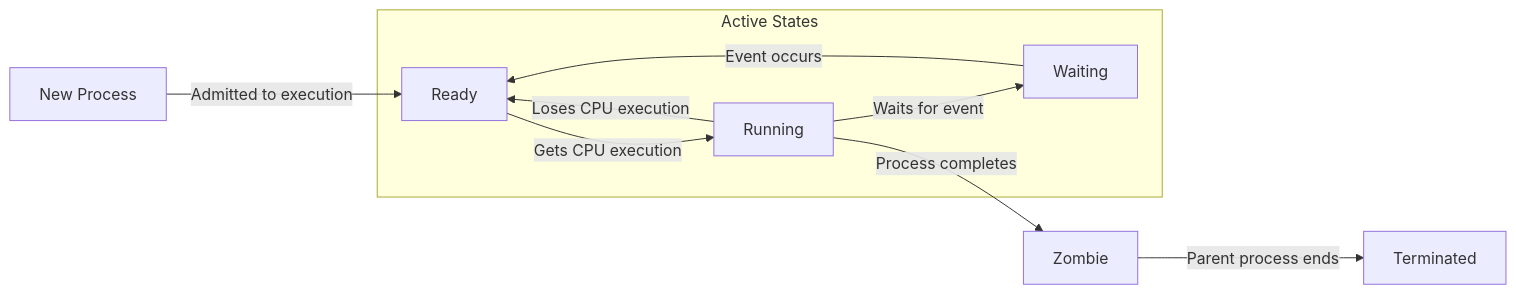
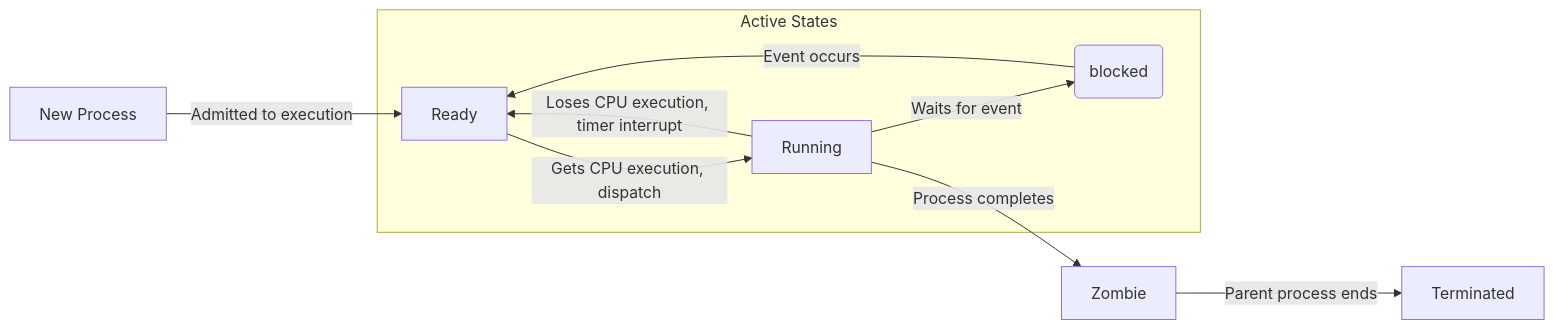
One commit to Sangdo-Han/Sangdo-Han.github.io changed the diagram in docs/programming/concurrent-programming/03. Multiprocessing.md. Above: the diagram before and after it, drawn with Mermaid. The commit also changed other lines of this file and 72 other files, not shown here.

Commit message:
[feat] change the introduction -> Computer architecture

````diff
--- a/docs/programming/concurrent-programming/03. Multiprocessing.md
+++ b/docs/programming/concurrent-programming/03. Multiprocessing.md
@@ -61,29 +56,29 @@
 ```mermaid
  
 graph LR
 
 %% Define process states
 new["New Process"]
 ready["Ready"]
 running["Running"]
 wait["Waiting"]
 zombie["Zombie"]
 terminated["Terminated"]
 
 %% Define transitions
 new -->|Admitted to execution| ready
-ready -->|Gets CPU execution| running
-running -->|Loses CPU execution| ready
-running -->|Waits for event| wait
-wait -->|Event occurs| ready
+ready -->|Gets CPU execution, dispatch| running
+running -->|Loses CPU execution, timer interrupt| ready
+running -->|Waits for event| wait(blocked)
+wait(blocked) -->|Event occurs| ready
 running -->|Process completes| zombie
 zombie -->|Parent process ends| terminated
 
 %% Group active states
 subgraph Active States
     ready
     running
-    wait
+    wait(blocked)
 end
 
 ```
````
